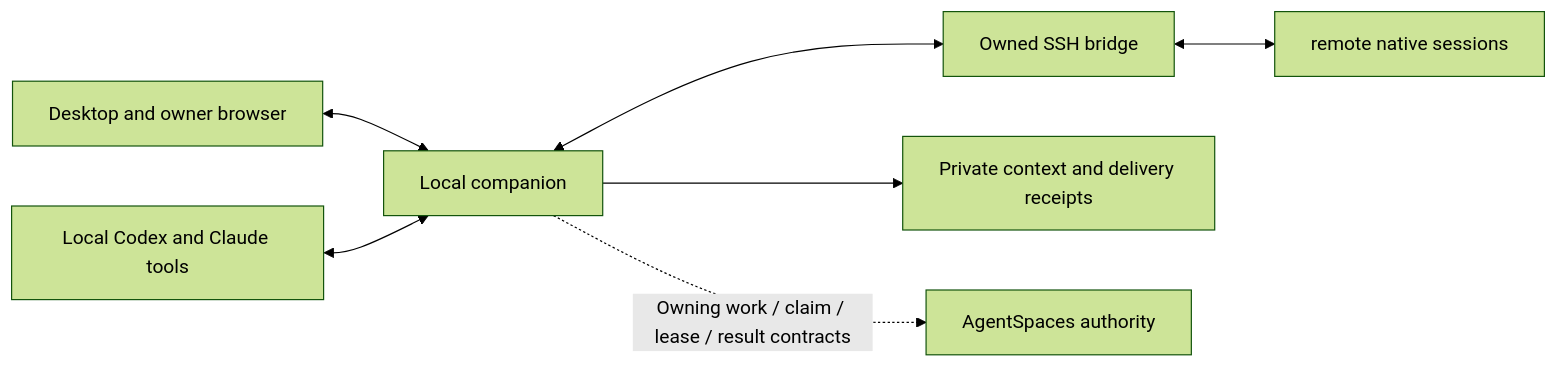
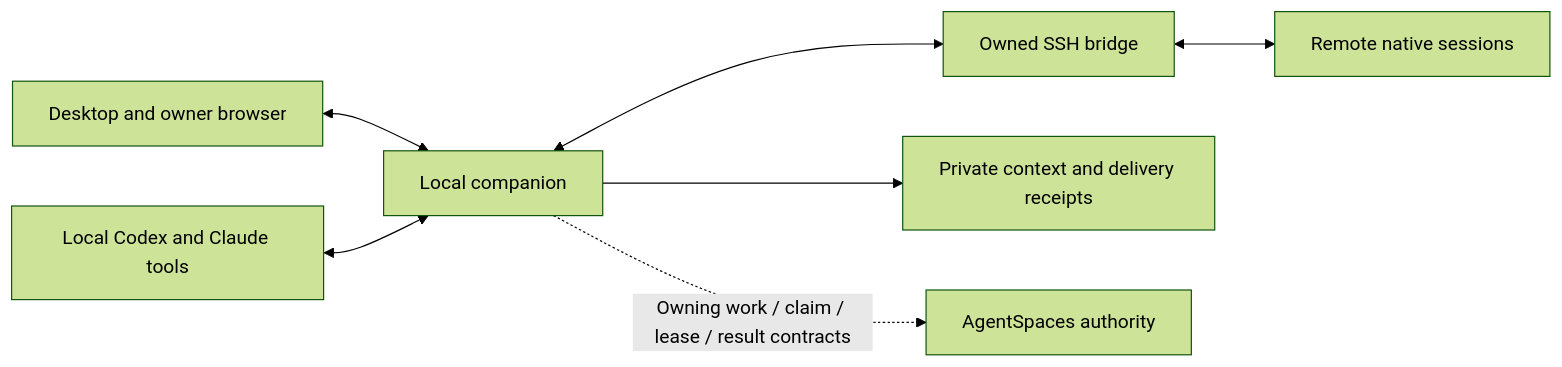
One commit to Weston-Tyler/agentspaces-desktop changed the diagram in README.md. Above: the diagram before and after it, drawn with Mermaid (forest theme). The commit also changed other lines of this file, not shown here.

````diff
--- a/README.md
+++ b/README.md
@@ -100,9 +100,9 @@
 ```mermaid
 flowchart LR
     Desktop[Desktop and owner browser] <--> Companion[Local companion]
     Local[Local Codex and Claude tools] <--> Companion
     Companion <--> SSH[Owned SSH bridge]
-    SSH <--> Remote[remote native sessions]
+    SSH <--> Remote[Remote native sessions]
     Companion --> State[Private context and delivery receipts]
     Companion -. Owning work / claim / lease / result contracts .-> Framework[AgentSpaces authority]
 ```
````
